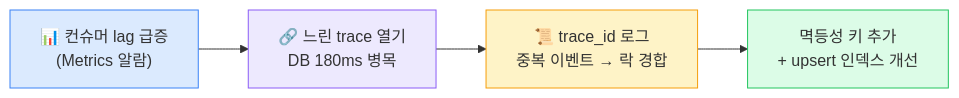
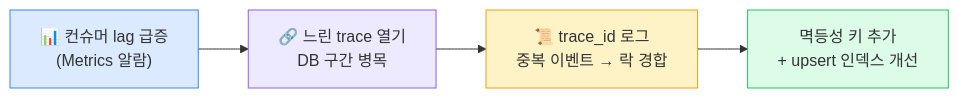
Before and after one commit to hyeongseoblim/systemdesign: the fifth of 5 diagrams in apps/api/src/main/resources/content/infra-05-observability-stack.md, drawn with Mermaid. The commit also changed other lines of this file and 96 other files, not shown here.

````diff
--- a/apps/api/src/main/resources/content/infra-05-observability-stack.md
+++ b/apps/api/src/main/resources/content/infra-05-observability-stack.md
@@ -156,11 +156,11 @@
 ```mermaid
 flowchart LR
-    Lag["📊 컨슈머 lag 급증\n(Metrics 알람)"] --> Trace["🔗 느린 trace 열기\nDB 180ms 병목"]
+    Lag["📊 컨슈머 lag 급증\n(Metrics 알람)"] --> Trace["🔗 느린 trace 열기\nDB 구간 병목"]
     Trace --> Log["📜 trace_id 로그\n중복 이벤트 → 락 경합"]
     Log --> Fix["멱등성 키 추가\n+ upsert 인덱스 개선"]
 
     style Lag fill:#dbeafe,stroke:#3b82f6
     style Trace fill:#ede9fe,stroke:#8b5cf6
     style Log fill:#fef3c7,stroke:#f59e0b
     style Fix fill:#dcfce7,stroke:#22c55e
 ```
````
